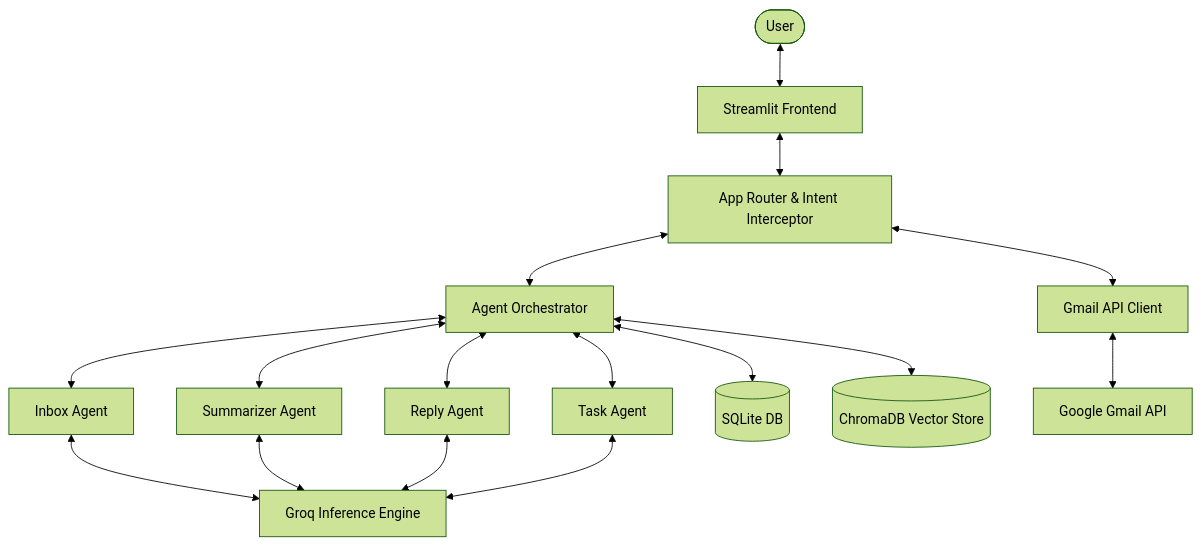
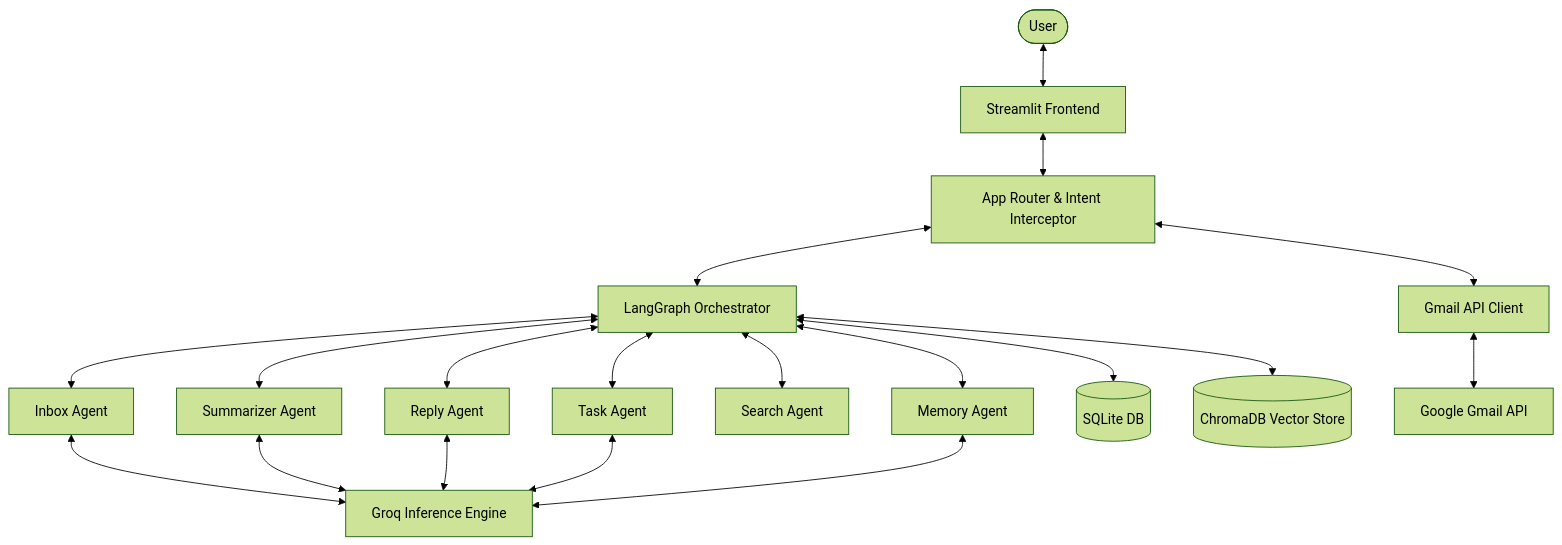
One commit to bittush8789/ai-inbox-copilot changed the first of 6 diagrams in README.md. Above: the diagram before and after it, drawn with Mermaid (forest theme). The commit also changed other lines of this file, not shown here.

````diff
--- a/README.md
+++ b/README.md
@@ -225,19 +149,21 @@
 ```mermaid
 graph TD
     User([User]) <--> UI[Streamlit Frontend]
     UI <--> Router[App Router & Intent Interceptor]
-    Router <--> Orchestrator[Agent Orchestrator]
+    Router <--> Orchestrator[LangGraph Orchestrator]
     
     Orchestrator <--> InboxAgent[Inbox Agent]
     Orchestrator <--> SummarizerAgent[Summarizer Agent]
     Orchestrator <--> ReplyAgent[Reply Agent]
     Orchestrator <--> TaskAgent[Task Agent]
+    Orchestrator <--> SearchAgent[Search Agent]
+    Orchestrator <--> MemoryAgent[Memory Agent]
     
     Orchestrator <--> SQLite[(SQLite DB)]
     Orchestrator <--> Chroma[(ChromaDB Vector Store)]
     
     Router <--> GmailClient[Gmail API Client]
     GmailClient <--> GoogleAPI[Google Gmail API]
     
-    InboxAgent & SummarizerAgent & ReplyAgent & TaskAgent <--> GroqAPI[Groq Inference Engine]
+    InboxAgent & SummarizerAgent & ReplyAgent & TaskAgent & MemoryAgent <--> GroqAPI[Groq Inference Engine]
 ```
````
